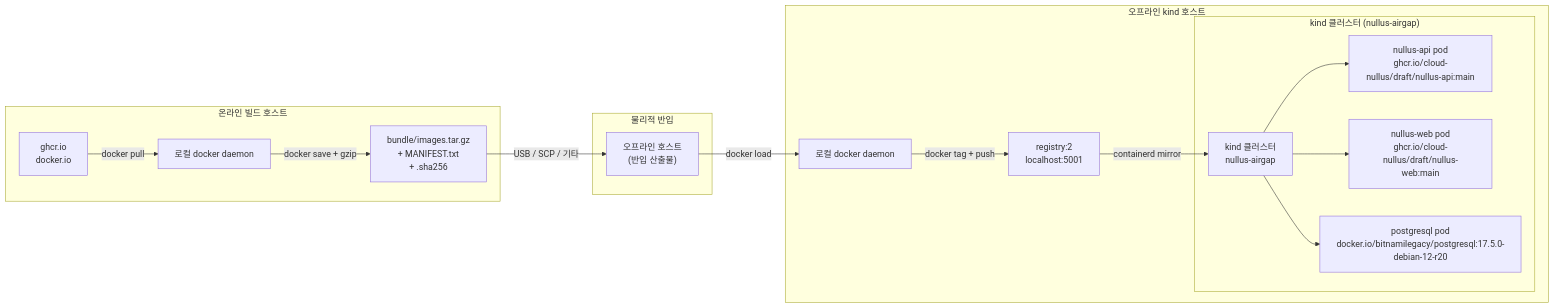
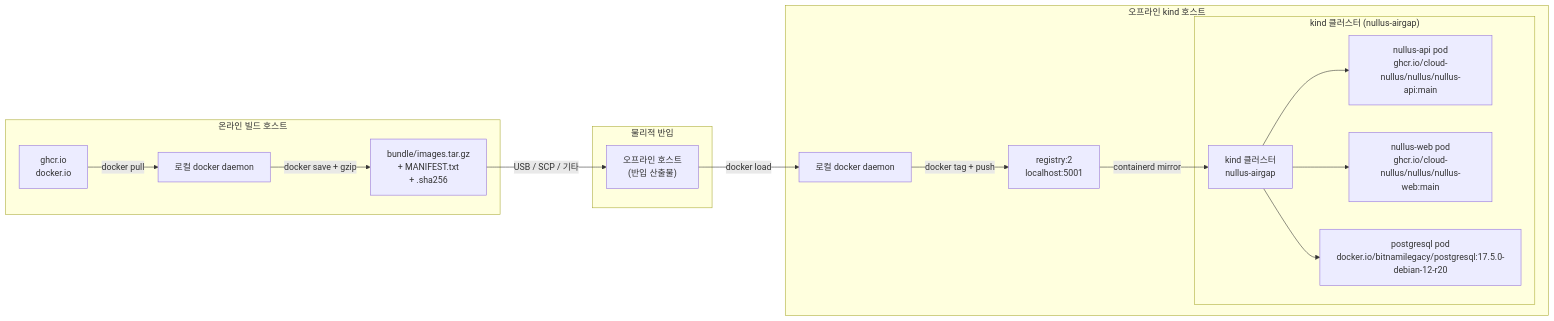
One commit to cloud-nullus/nullus changed the diagram in airgap/docs/architecture.md. Above: the diagram before and after it, drawn with Mermaid. The commit also changed other lines of this file and 5 other files, not shown here.

First line of the commit message:
fix(airgap): ghcr 이미지 경로 draft→nullus 교정 (repo 리네임 후 구버전 설치 해소)

````diff
--- a/airgap/docs/architecture.md
+++ b/airgap/docs/architecture.md
@@ -17,23 +17,23 @@
 ```mermaid
 flowchart LR
     subgraph online["온라인 빌드 호스트"]
         A1["ghcr.io\ndocker.io"] -->|docker pull| A2["로컬 docker daemon"]
         A2 -->|docker save + gzip| A3["bundle/images.tar.gz\n+ MANIFEST.txt\n+ .sha256"]
     end
 
     subgraph transfer["물리적 반입"]
         A3 -->|USB / SCP / 기타| B0["오프라인 호스트\n(반입 산출물)"]
     end
 
     subgraph offline["오프라인 kind 호스트"]
         B0 -->|docker load| B1["로컬 docker daemon"]
         B1 -->|docker tag + push| B2["registry:2\nlocalhost:5001"]
         B2 -->|containerd mirror| B3["kind 클러스터\nnullus-airgap"]
 
         subgraph cluster["kind 클러스터 (nullus-airgap)"]
-            B3 --> C1["nullus-api pod\nghcr.io/cloud-nullus/draft/nullus-api:main"]
-            B3 --> C2["nullus-web pod\nghcr.io/cloud-nullus/draft/nullus-web:main"]
+            B3 --> C1["nullus-api pod\nghcr.io/cloud-nullus/nullus/nullus-api:main"]
+            B3 --> C2["nullus-web pod\nghcr.io/cloud-nullus/nullus/nullus-web:main"]
             B3 --> C3["postgresql pod\ndocker.io/bitnamilegacy/postgresql:17.5.0-debian-12-r20"]
         end
     end
 ```
````
